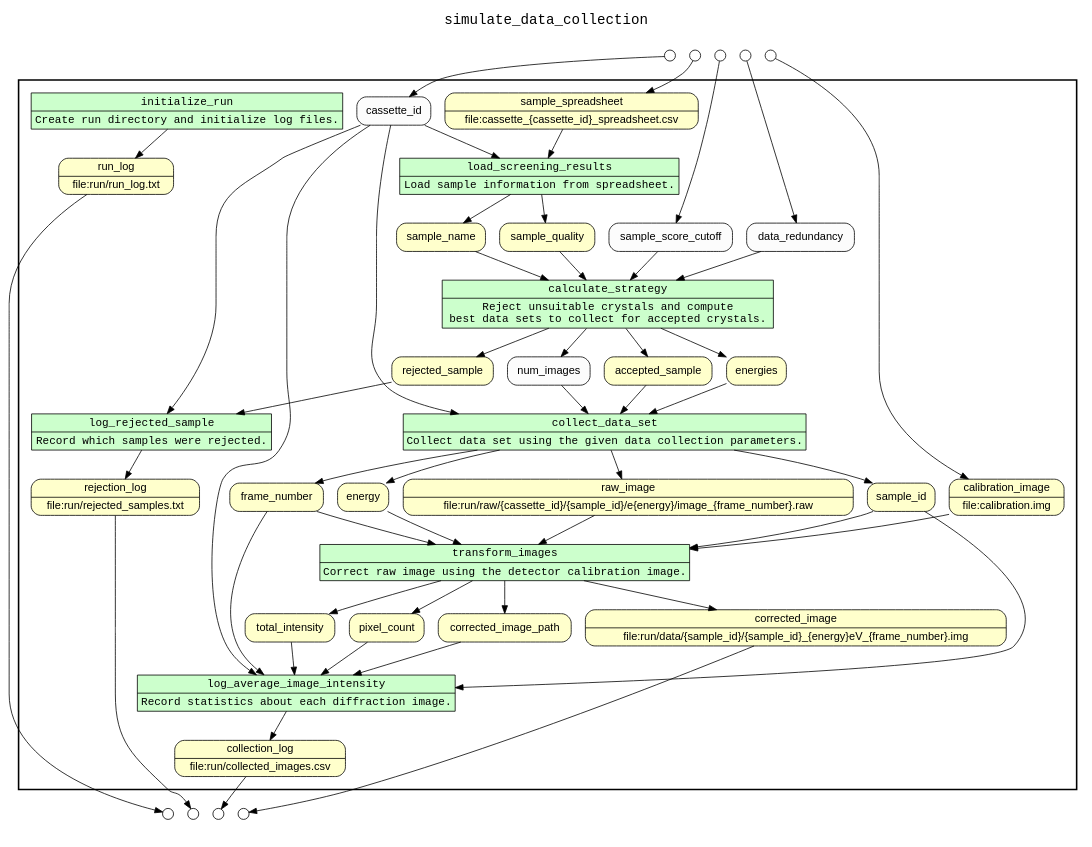
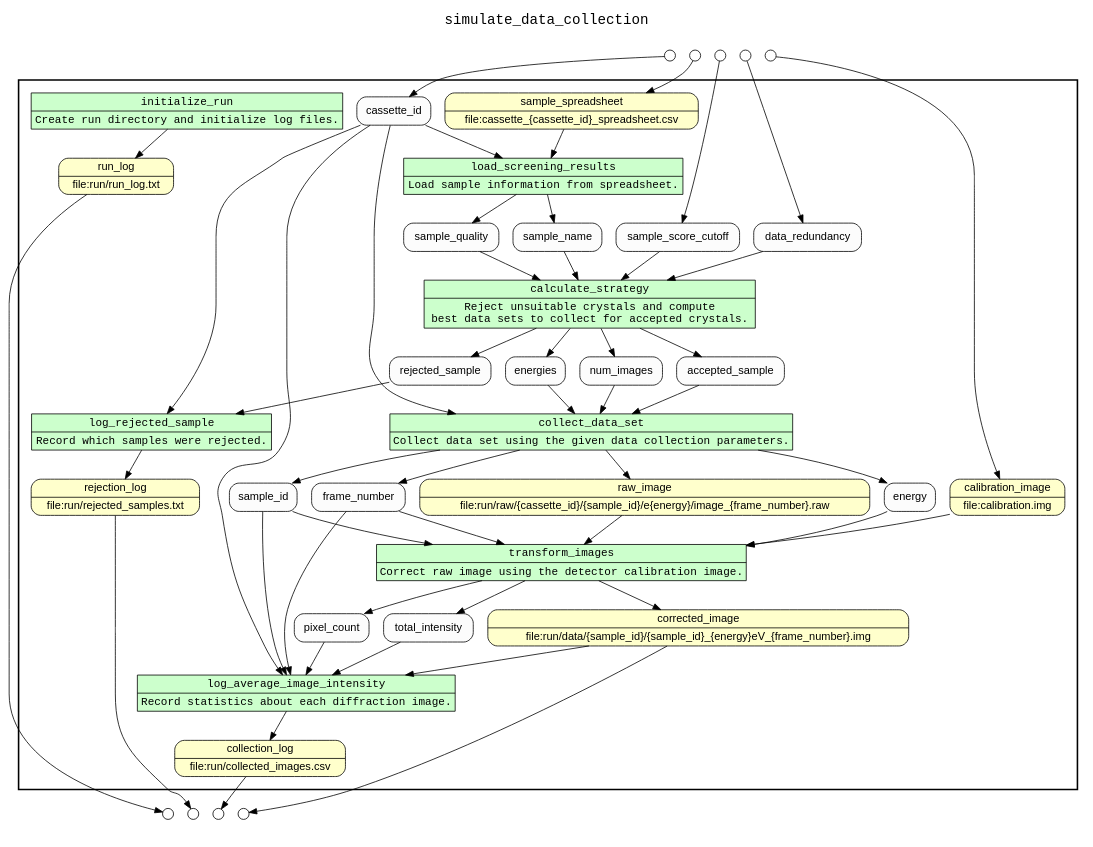
One commit to gems-uff/yin-yang-demo changed the diagram in simulate_data_collection/yw/combined.gv. Above: the diagram before and after it, drawn with Graphviz. The commit also changed 9 other files, not shown here.

Commit message:
Made corrected_image an alias for corrected_image_path.

```diff
--- a/simulate_data_collection/yw/combined.gv
+++ b/simulate_data_collection/yw/combined.gv
@@ -1,150 +1,148 @@
 
 /* Start of top-level graph */
 digraph Workflow {
 rankdir=TB
 
 /* Title for graph */
 fontname=Courier; fontsize=18; labelloc=t
 label=simulate_data_collection
 
 /* Start of double cluster for drawing box around nodes in workflow */
 subgraph cluster_workflow_box_outer { label=""; color=black; penwidth=2
 subgraph cluster_workflow_box_inner { label=""; color=white
 
 /* Style for nodes representing atomic programs in workflow */
 node[shape=box style=filled fillcolor="#CCFFCC" peripheries=1 fontname=Courier]
 
 /* Nodes representing atomic programs in workflow */
 initialize_run [shape=record rankdir=LR label="{<f0> initialize_run |<f1> Create run directory and initialize log files.}"];
 load_screening_results [shape=record rankdir=LR label="{<f0> load_screening_results |<f1> Load sample information from spreadsheet.}"];
 calculate_strategy [shape=record rankdir=LR label="{<f0> calculate_strategy |<f1> Reject unsuitable crystals and compute \n best data sets to collect for accepted crystals.}"];
 log_rejected_sample [shape=record rankdir=LR label="{<f0> log_rejected_sample |<f1> Record which samples were rejected.}"];
 collect_data_set [shape=record rankdir=LR label="{<f0> collect_data_set |<f1> Collect data set using the given data collection parameters.}"];
 transform_images [shape=record rankdir=LR label="{<f0> transform_images |<f1> Correct raw image using the detector calibration image.}"];
 log_average_image_intensity [shape=record rankdir=LR label="{<f0> log_average_image_intensity |<f1> Record statistics about each diffraction image.}"];
 
 /* Style for nodes representing non-parameter data channels in workflow */
 node[shape=box style="rounded,filled" fillcolor="#FFFFCC" peripheries=1 fontname=Helvetica]
 
 /* Nodes for non-parameter data channels in workflow */
 corrected_image [shape=record rankdir=LR label="{<f0> corrected_image |<f1> file\:run/data/\{sample_id\}/\{sample_id\}_\{energy\}eV_\{frame_number\}.img}"];
 run_log [shape=record rankdir=LR label="{<f0> run_log |<f1> file\:run/run_log.txt}"];
 collection_log [shape=record rankdir=LR label="{<f0> collection_log |<f1> file\:run/collected_images.csv}"];
 rejection_log [shape=record rankdir=LR label="{<f0> rejection_log |<f1> file\:run/rejected_samples.txt}"];
 sample_spreadsheet [shape=record rankdir=LR label="{<f0> sample_spreadsheet |<f1> file\:cassette_\{cassette_id\}_spreadsheet.csv}"];
-sample_name
-sample_quality
-rejected_sample
-accepted_sample
-energies
-sample_id
-energy
-frame_number
 raw_image [shape=record rankdir=LR label="{<f0> raw_image |<f1> file\:run/raw/\{cassette_id\}/\{sample_id\}/e\{energy\}/image_\{frame_number\}.raw}"];
 calibration_image [shape=record rankdir=LR label="{<f0> calibration_image |<f1> file\:calibration.img}"];
-corrected_image_path
-total_intensity
-pixel_count
 
 /* Style for nodes representing parameter channels in workflow */
 node[shape=box style="rounded,filled" fillcolor="#FCFCFC" peripheries=1 fontname=Helvetica]
 
 /* Nodes representing parameter channels in workflow */
 cassette_id
 sample_score_cutoff
 data_redundancy
+sample_name
+sample_quality
+rejected_sample
 num_images
+accepted_sample
+energies
+sample_id
+energy
+frame_number
+total_intensity
+pixel_count
 
 /* Edges representing connections between programs and channels */
 initialize_run -> run_log
 load_screening_results -> sample_name
 load_screening_results -> sample_quality
 cassette_id -> load_screening_results
 sample_spreadsheet -> load_screening_results
 calculate_strategy -> accepted_sample
 calculate_strategy -> rejected_sample
 calculate_strategy -> num_images
 calculate_strategy -> energies
 sample_score_cutoff -> calculate_strategy
 data_redundancy -> calculate_strategy
 sample_name -> calculate_strategy
 sample_quality -> calculate_strategy
 log_rejected_sample -> rejection_log
 cassette_id -> log_rejected_sample
 rejected_sample -> log_rejected_sample
 collect_data_set -> sample_id
 collect_data_set -> energy
 collect_data_set -> frame_number
 collect_data_set -> raw_image
 cassette_id -> collect_data_set
 num_images -> collect_data_set
 accepted_sample -> collect_data_set
 energies -> collect_data_set
 transform_images -> corrected_image
-transform_images -> corrected_image_path
 transform_images -> total_intensity
 transform_images -> pixel_count
 sample_id -> transform_images
 energy -> transform_images
 frame_number -> transform_images
 raw_image -> transform_images
 calibration_image -> transform_images
 log_average_image_intensity -> collection_log
 cassette_id -> log_average_image_intensity
 sample_id -> log_average_image_intensity
 frame_number -> log_average_image_intensity
-corrected_image_path -> log_average_image_intensity
+corrected_image -> log_average_image_intensity
 total_intensity -> log_average_image_intensity
 pixel_count -> log_average_image_intensity
 
 /* End of double cluster for drawing box around nodes in workflow */
 }}
 
 /* Hidden double-cluster for grouping workflow input ports */
 subgraph cluster_input_ports_group_outer { label=""; color=white
 subgraph cluster_input_ports_group_inner { label=""; color=white
 
 /* Style for nodes representing workflow input ports */
 node[shape=circle style="rounded,filled" fillcolor="#FFFFFF" peripheries=1 fontname=Helvetica width=0.2]
 
 /* Nodes representing workflow input ports */
 cassette_id_input_port [label=""]
 sample_score_cutoff_input_port [label=""]
 data_redundancy_input_port [label=""]
 sample_spreadsheet_input_port [label=""]
 calibration_image_input_port [label=""]
 
 /* End of double-cluster for grouping workflow input ports */
 }}
 
 /* Hidden double-cluster for grouping workflow output ports */
 subgraph cluster_output_ports_group_outer { label=""; color=white
 subgraph cluster_output_ports_group_inner { label=""; color=white
 
 /* Style for nodes representing workflow output ports */
 node[shape=circle style="rounded,filled" fillcolor="#FFFFFF" peripheries=1 fontname=Helvetica width=0.2]
 
 /* Nodes representing workflow output ports */
 corrected_image_output_port [label=""]
 run_log_output_port [label=""]
 collection_log_output_port [label=""]
 rejection_log_output_port [label=""]
 
 /* End of double-cluster for grouping workflow output ports */
 }}
 
 /* Edges from input ports to channels */
 cassette_id_input_port -> cassette_id
 sample_score_cutoff_input_port -> sample_score_cutoff
 data_redundancy_input_port -> data_redundancy
 sample_spreadsheet_input_port -> sample_spreadsheet
 calibration_image_input_port -> calibration_image
 
 /* Edges from channels to output ports */
 corrected_image -> corrected_image_output_port
 run_log -> run_log_output_port
 collection_log -> collection_log_output_port
 rejection_log -> rejection_log_output_port
 
 /* End of top-level graph */
 }
```
